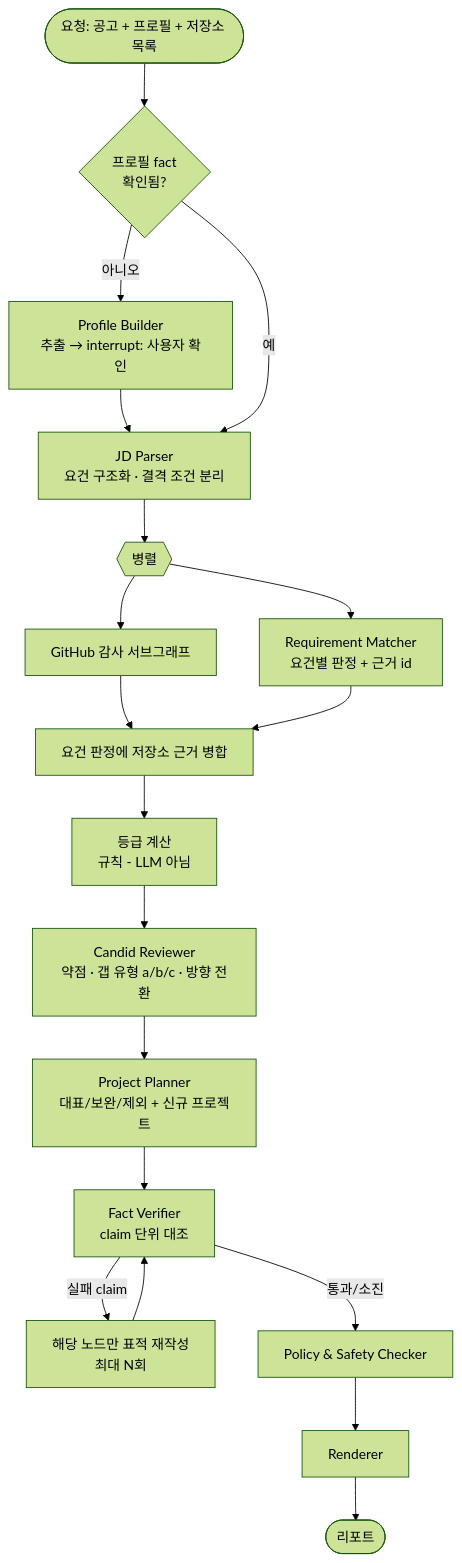
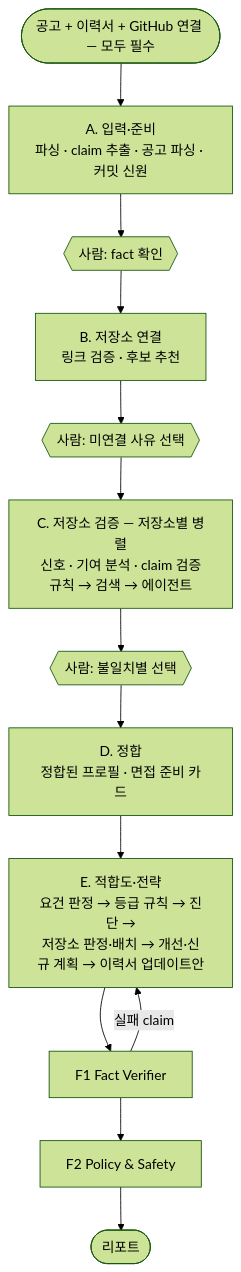
Before and after one commit to flashattention/rigor: the second of 5 diagrams in docs/design.md, drawn with Mermaid (forest theme). The commit also changed other lines of this file and 9 other files, not shown here.

First line of the commit message:
docs: accept ADR-0017 and align design, schemas, policy, metrics

````diff
--- a/docs/design.md
+++ b/docs/design.md
@@ -82,21 +95,14 @@
 ```mermaid
 flowchart TD
-  START([요청: 공고 + 프로필 + 저장소 목록]) --> PB{프로필 fact<br/>확인됨?}
-  PB -- 아니오 --> PBN[Profile Builder<br/>추출 → interrupt: 사용자 확인]
-  PBN --> JD
-  PB -- 예 --> JD[JD Parser<br/>요건 구조화 · 결격 조건 분리]
-  JD --> PAR{{병렬}}
-  PAR --> RA[GitHub 감사 서브그래프]
-  PAR --> RM[Requirement Matcher<br/>요건별 판정 + 근거 id]
-  RA --> RM2[요건 판정에 저장소 근거 병합]
-  RM --> RM2
-  RM2 --> GRADE[등급 계산<br/>규칙 - LLM 아님]
-  GRADE --> CR[Candid Reviewer<br/>약점 · 갭 유형 a/b/c · 방향 전환]
-  CR --> PP[Project Planner<br/>대표/보완/제외 + 신규 프로젝트]
-  PP --> FV[Fact Verifier<br/>claim 단위 대조]
-  FV -- 실패 claim --> RW[해당 노드만 표적 재작성<br/>최대 N회]
-  RW --> FV
-  FV -- 통과/소진 --> PS[Policy & Safety Checker]
-  PS --> R[Renderer]
-  R --> END([리포트])
+  IN([공고 + 이력서 + GitHub 연결 — 모두 필수]) --> A[A. 입력·준비<br/>파싱 · claim 추출 · 공고 파싱 · 커밋 신원]
+  A --> HA{{사람: fact 확인}}
+  HA --> B[B. 저장소 연결<br/>링크 검증 · 후보 추천]
+  B --> HB{{사람: 미연결 사유 선택}}
+  HB --> C[C. 저장소 검증 — 저장소별 병렬<br/>신호 · 기여 분석 · claim 검증<br/>규칙 → 검색 → 에이전트]
+  C --> HD{{사람: 불일치별 선택}}
+  HD --> D[D. 정합<br/>정합된 프로필 · 면접 준비 카드]
+  D --> E[E. 적합도·전략<br/>요건 판정 → 등급 규칙 → 진단 →<br/>저장소 판정·배치 → 개선·신규 계획 → 이력서 업데이트안]
+  E --> F1[F1 Fact Verifier]
+  F1 -- 실패 claim --> E
+  F1 --> F2[F2 Policy & Safety] --> R([리포트])
 ```
````
